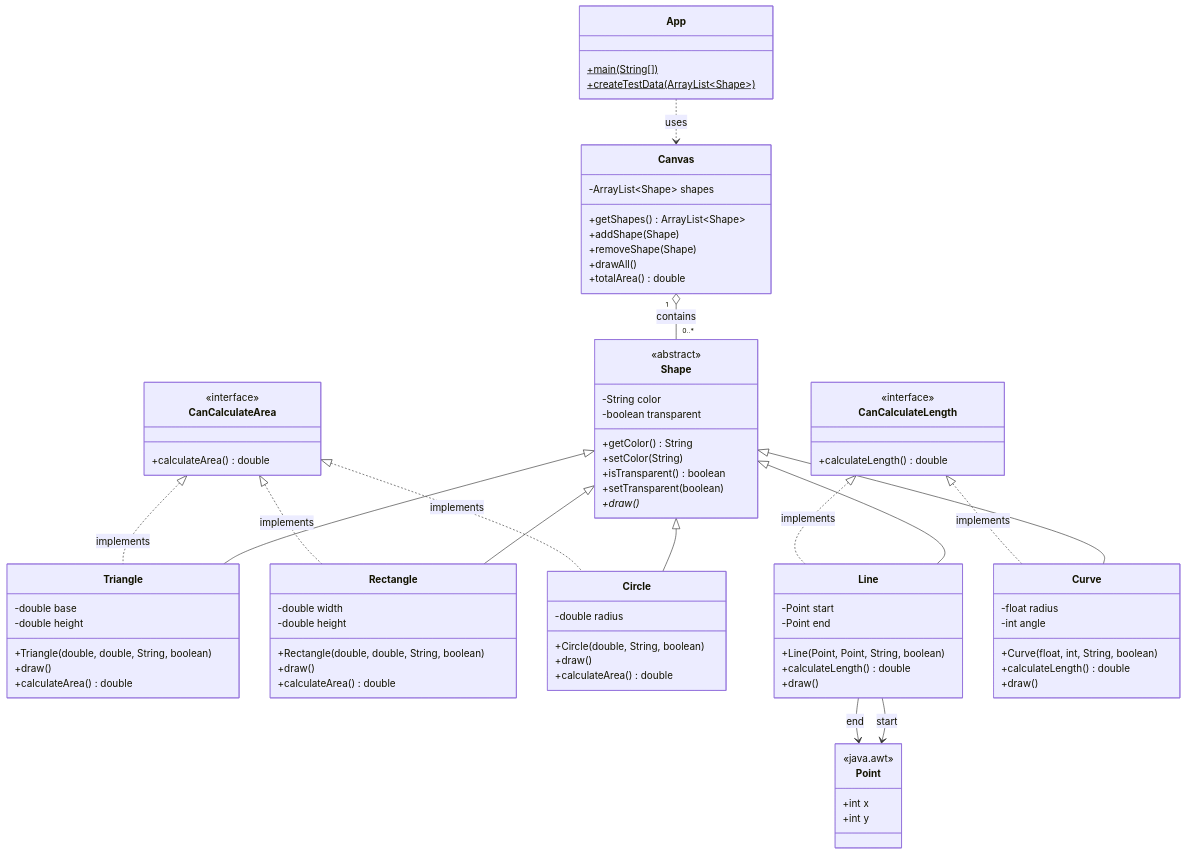
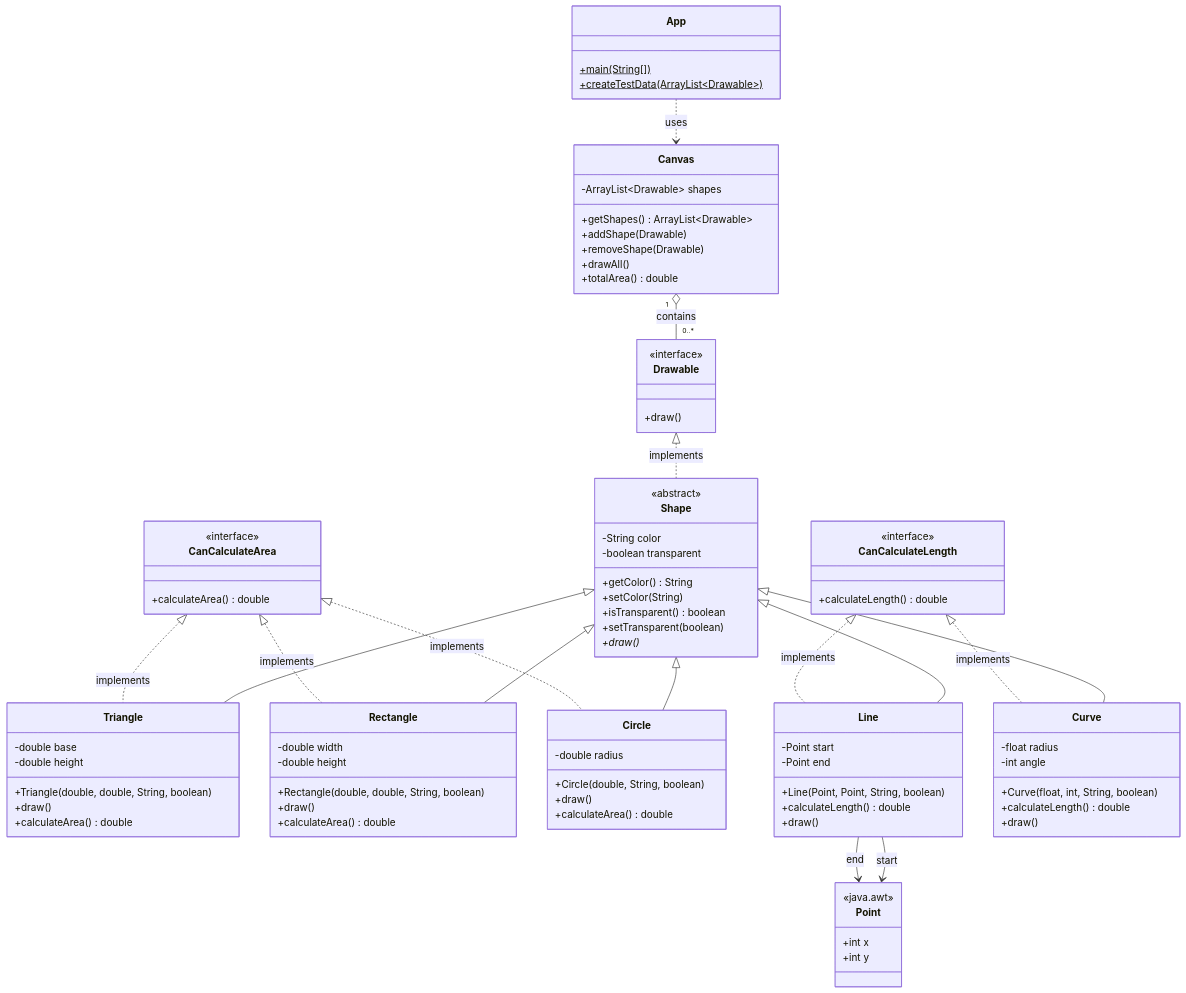
One commit to tuo-vamk/vector-draw-app changed the diagram in README.md. Above: the diagram before and after it, drawn with Mermaid. The commit also changed other lines of this file and 4 other files, not shown here.

Commit message:
added drawable interface

````diff
--- a/README.md
+++ b/README.md
@@ -7,5 +7,10 @@
 ```mermaid
 classDiagram
+    class Drawable {
+        <<interface>>
+        +draw()
+    }
+
     class Shape {
         <<abstract>>
         -String color
@@ -67,17 +72,17 @@
     }
 
     class Canvas {
-        -ArrayList~Shape~ shapes
-        +getShapes() ArrayList~Shape~
-        +addShape(Shape)
-        +removeShape(Shape)
+        -ArrayList~Drawable~ shapes
+        +getShapes() ArrayList~Drawable~
+        +addShape(Drawable)
+        +removeShape(Drawable)
         +drawAll()
         +totalArea() double
     }
 
     class App {
         +main(String[])$
-        +createTestData(ArrayList~Shape~)$
+        +createTestData(ArrayList~Drawable~)$
     }
 
     class Point {
@@ -86,6 +91,7 @@
         +int y
     }
 
+    Drawable <|.. Shape : implements
     Shape <|-- Triangle
     Shape <|-- Rectangle
     Shape <|-- Circle
@@ -96,7 +102,7 @@
     CanCalculateArea <|.. Circle : implements
     CanCalculateLength <|.. Line : implements
     CanCalculateLength <|.. Curve : implements
-    Canvas "1" o-- "0..*" Shape : contains
+    Canvas "1" o-- "0..*" Drawable : contains
     App ..> Canvas : uses
     Line --> Point : start
     Line --> Point : end
````
